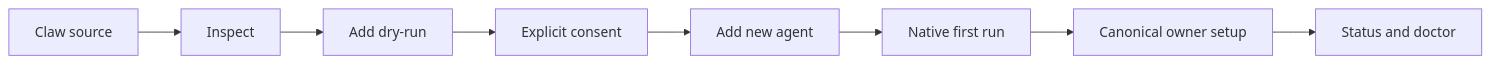
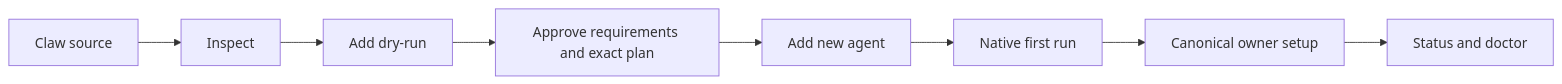
The diagram in rfcs/0027-claw-application-composition-and-clients.md (openclaw/rfcs), drawn with Mermaid before and after one commit. The commit also changed other lines of this file and 1 other file, not shown here.

Commit message:
docs(claws): align clients with host requirements

````diff
--- a/rfcs/0027-claw-application-composition-and-clients.md
+++ b/rfcs/0027-claw-application-composition-and-clients.md
@@ -227,10 +236,10 @@
 ```mermaid
 flowchart LR
   Source[Claw source] --> Inspect[Inspect]
   Inspect --> Plan[Add dry-run]
-  Plan --> Consent[Explicit consent]
+  Plan --> Consent[Approve requirements and exact plan]
   Consent --> Add[Add new agent]
   Add --> Bootstrap[Native first run]
   Bootstrap --> Connect[Canonical owner setup]
   Connect --> Ready[Status and doctor]
 ```
````
